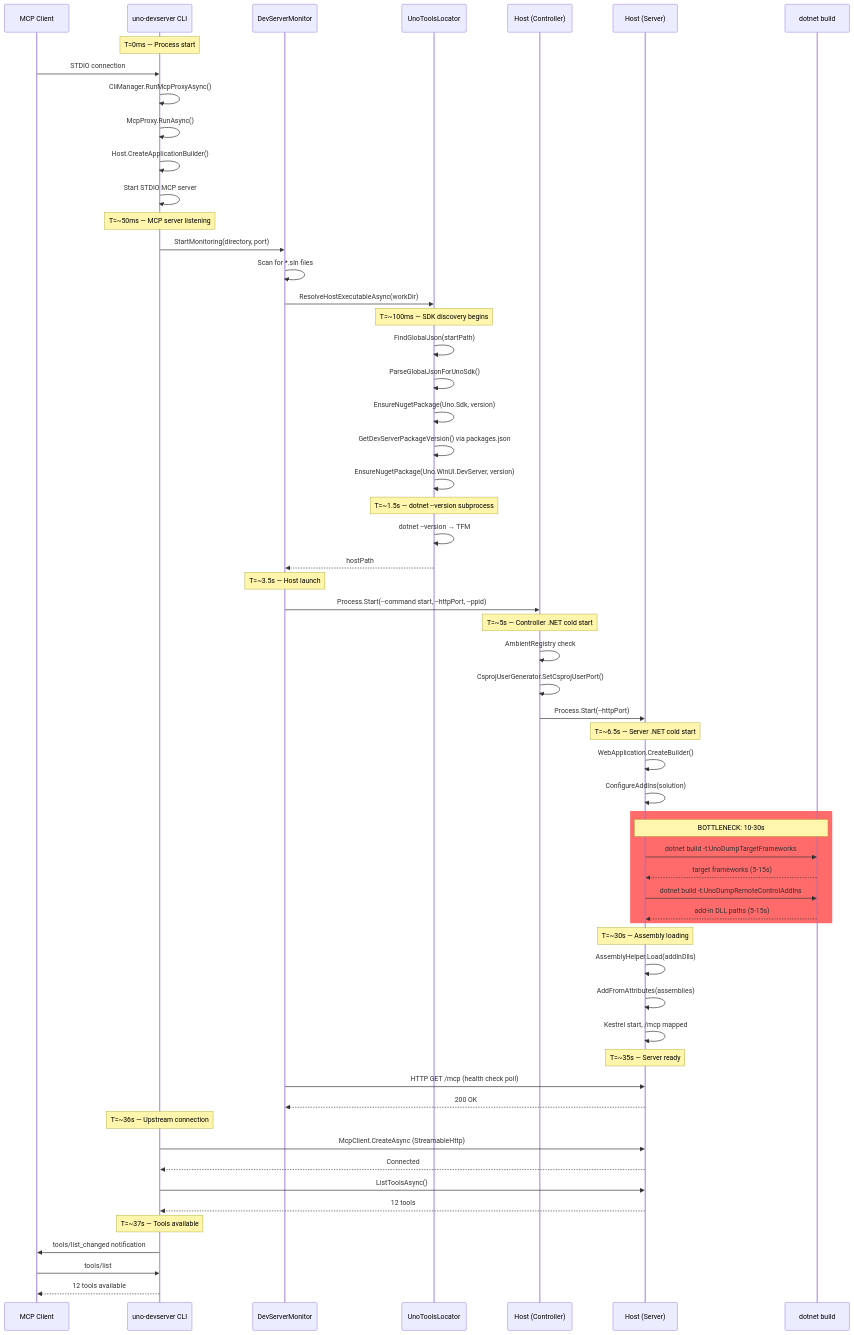
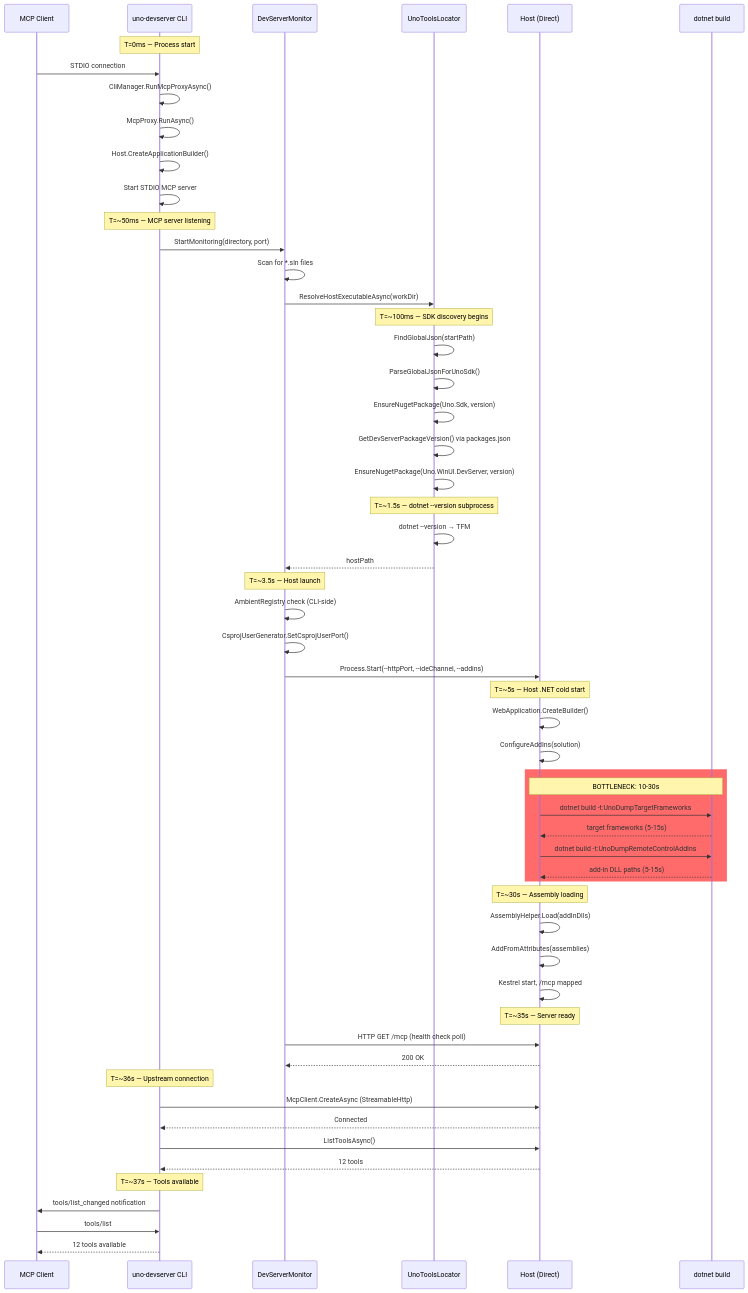
Before and after one commit to unoplatform/uno: the second of 12 diagrams in specs/001-fast-devserver-startup/spec-appendix-a-startup-workflow.md, drawn with Mermaid. The commit also changed other lines of this file and 4 other files, not shown here.

```diff
--- a/specs/001-fast-devserver-startup/spec-appendix-a-startup-workflow.md
+++ b/specs/001-fast-devserver-startup/spec-appendix-a-startup-workflow.md
@@ -66,8 +64,7 @@
     participant CLI as uno-devserver CLI
     participant Monitor as DevServerMonitor
     participant Locator as UnoToolsLocator
-    participant Controller as Host (Controller)
-    participant Server as Host (Server)
+    participant Server as Host (Direct)
     participant MSBuild as dotnet build
 
     Note over CLI: T=0ms — Process start
@@ -99,15 +96,11 @@
 
     Note over Monitor: T=~3.5s — Host launch
 
-    Monitor->>Controller: Process.Start(--command start, --httpPort, --ppid)
+    Monitor->>Monitor: AmbientRegistry check (CLI-side)
+    Monitor->>Monitor: CsprojUserGenerator.SetCsprojUserPort()
+    Monitor->>Server: Process.Start(--httpPort, --ideChannel, --addins)
 
-    Note over Controller: T=~5s — Controller .NET cold start
-
-    Controller->>Controller: AmbientRegistry check
-    Controller->>Controller: CsprojUserGenerator.SetCsprojUserPort()
-    Controller->>Server: Process.Start(--httpPort)
-
-    Note over Server: T=~6.5s — Server .NET cold start
+    Note over Server: T=~5s — Host .NET cold start
 
     Server->>Server: WebApplication.CreateBuilder()
     Server->>Server: ConfigureAddIns(solution)
```
